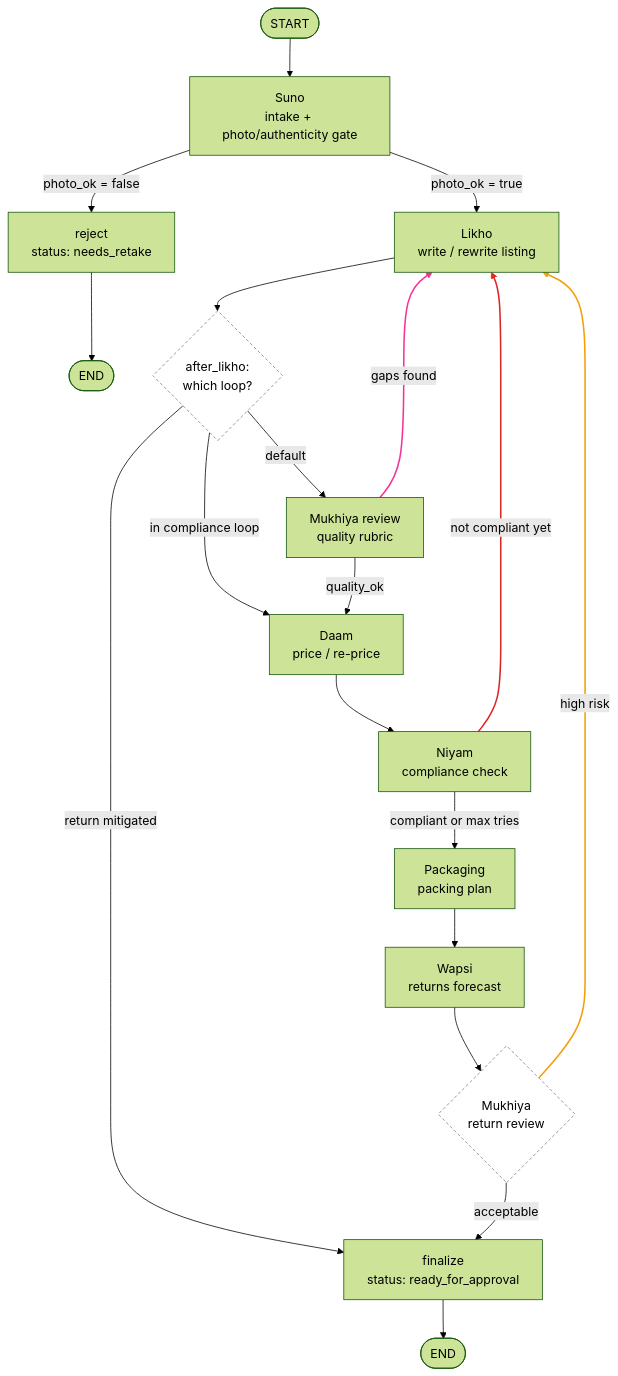
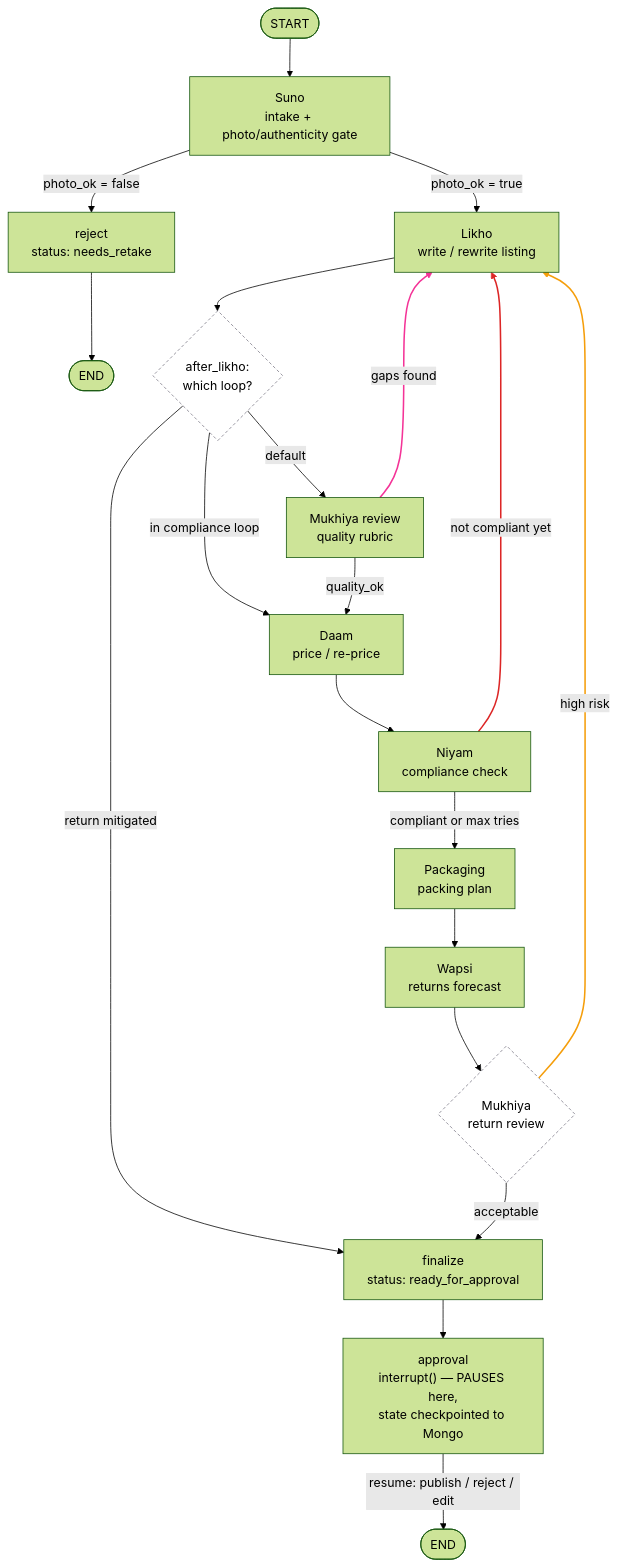
The second of 4 diagrams in docs/ARCHITECTURE.md (sandana1918/Aarambhini), drawn with Mermaid (forest theme) before and after one commit. The commit also changed other lines of this file, not shown here.

First line of the commit message:
docs: reflect durable checkpointing, GridFS images, and the real approval interrupt

````diff
--- a/docs/ARCHITECTURE.md
+++ b/docs/ARCHITECTURE.md
@@ -108,34 +115,35 @@
 ```mermaid
 flowchart TD
     START([START]) --> SUNO["Suno<br/>intake + photo/authenticity gate"]
 
     SUNO -->|photo_ok = false| REJECT["reject<br/>status: needs_retake"]
     SUNO -->|photo_ok = true| LIKHO["Likho<br/>write / rewrite listing"]
     REJECT --> ENDR([END])
 
     LIKHO --> AFTER{"after_likho:<br/>which loop?"}
     AFTER -->|default| REVIEW["Mukhiya review<br/>quality rubric"]
     AFTER -->|in compliance loop| DAAM["Daam<br/>price / re-price"]
     AFTER -->|return mitigated| FINAL["finalize<br/>status: ready_for_approval"]
 
     REVIEW -->|gaps found| LIKHO
     REVIEW -->|quality_ok| DAAM
 
     DAAM --> NIYAM["Niyam<br/>compliance check"]
     NIYAM -->|not compliant yet| LIKHO
     NIYAM -->|compliant or max tries| PACK["Packaging<br/>packing plan"]
 
     PACK --> WAPSI["Wapsi<br/>returns forecast"]
     WAPSI --> RR{"Mukhiya<br/>return review"}
     RR -->|high risk| LIKHO
     RR -->|acceptable| FINAL
 
-    FINAL --> ENDF([END])
+    FINAL --> APPROVAL["approval<br/>interrupt() — PAUSES here,<br/>state checkpointed to Mongo"]
+    APPROVAL -->|"resume: publish / reject / edit"| ENDF([END])
 
     linkStyle 8 stroke:#f43397,stroke-width:2px;
     linkStyle 11 stroke:#dc2626,stroke-width:2px;
     linkStyle 15 stroke:#f59e0b,stroke-width:2px;
 
     classDef gate fill:#fff,stroke:#7c7a87,stroke-dasharray:4 3;
     class AFTER,RR gate;
 ```
````
